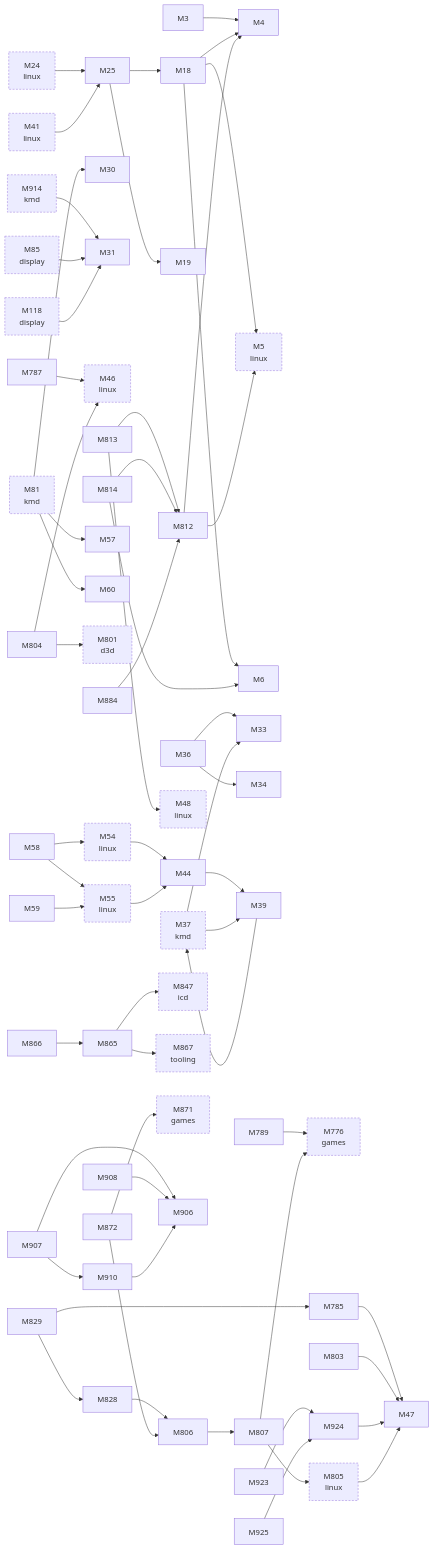
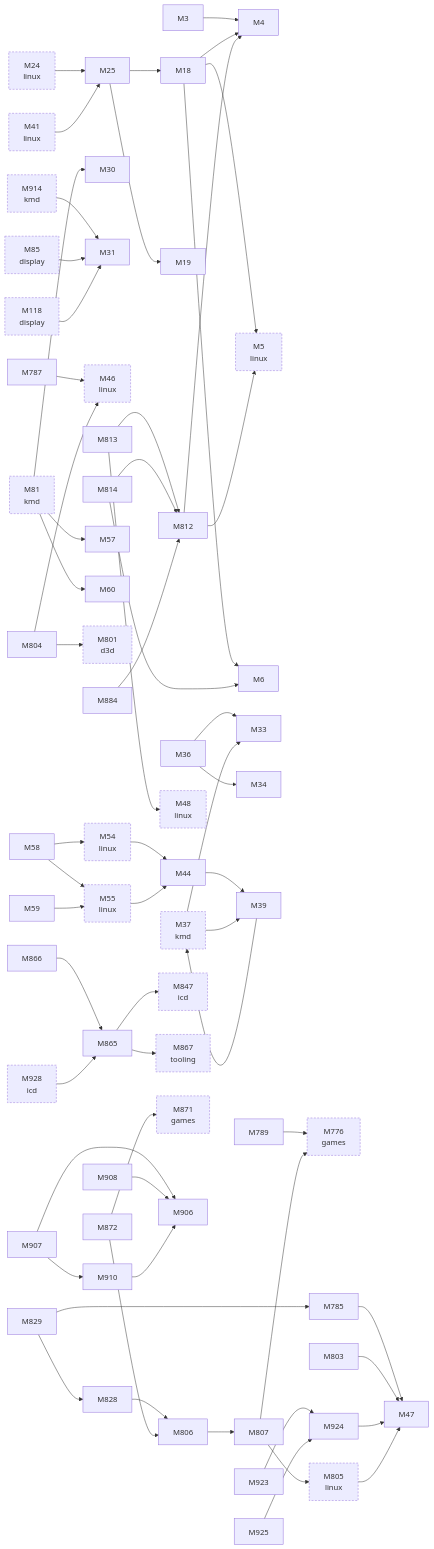
Before and after one commit to D-Ogi/amdgpu-wddm: the second of 3 diagrams in docs/facts/graphs/hardware.md, drawn with Mermaid. The commit also changed 53 other files, not shown here.

````diff
--- a/docs/facts/graphs/hardware.md
+++ b/docs/facts/graphs/hardware.md
@@ -145,6 +145,7 @@
   M923["M923"]
   M924["M924"]
   M925["M925"]
+  M928["M928<br/>icd"]
   M3 --> M4
   M18 --> M4
   M18 --> M5
@@ -197,11 +198,12 @@
   M914 --> M31
   M85 --> M31
   M118 --> M31
+  M928 --> M865
   M24 --> M25
   M41 --> M25
   M54 --> M44
   M55 --> M44
   M805 --> M47
   classDef other stroke-dasharray:4 3
-  class M5,M24,M37,M41,M46,M48,M54,M55,M81,M85,M118,M776,M801,M805,M847,M867,M871,M914 other
+  class M5,M24,M37,M41,M46,M48,M54,M55,M81,M85,M118,M776,M801,M805,M847,M867,M871,M914,M928 other
 ```
````
